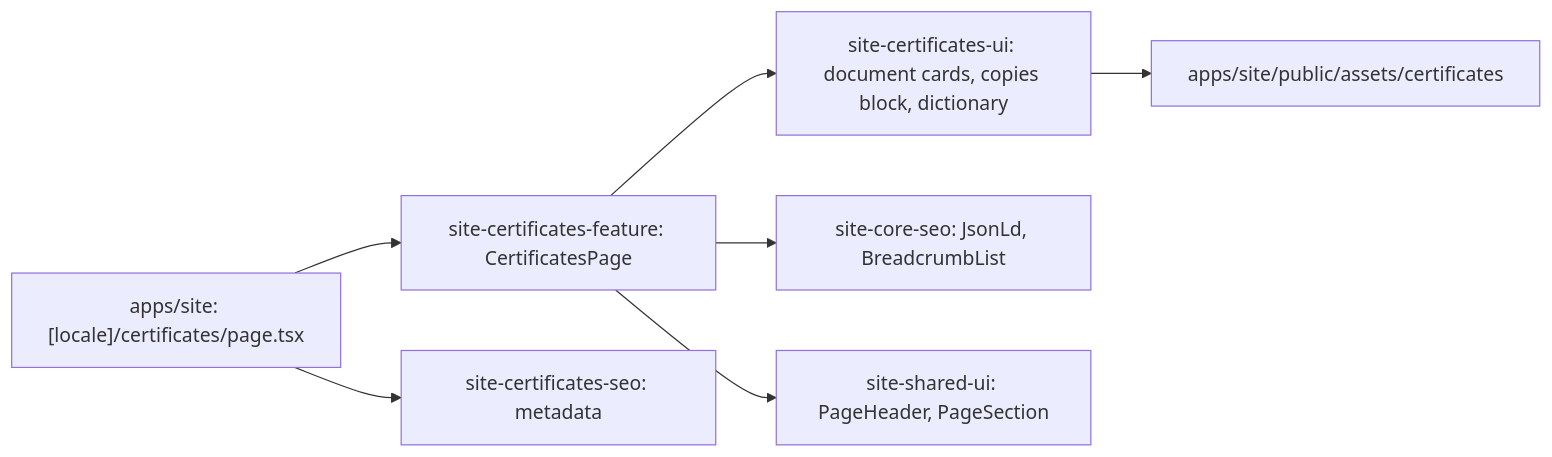
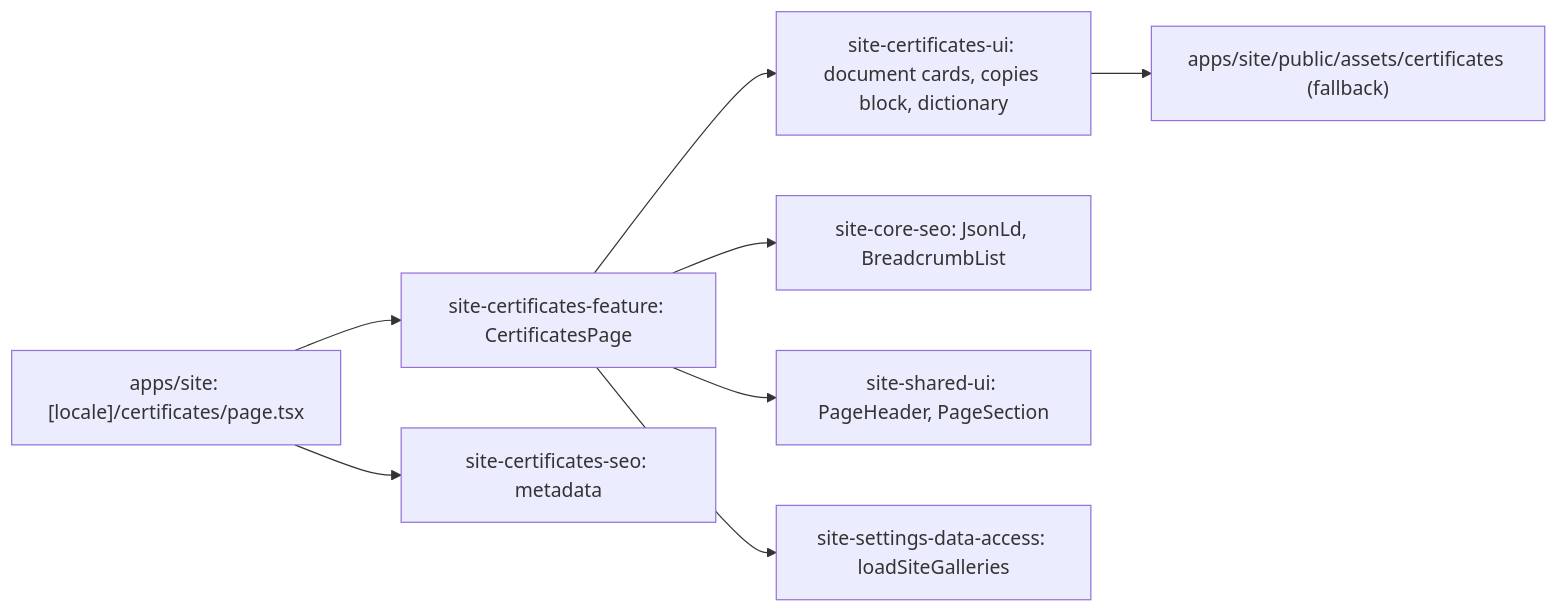
One commit to Weretik/brevi-web changed the diagram in docs/features/site/certificates.md. Above: the diagram before and after it, drawn with Mermaid. The commit also changed other lines of this file and 53 other files, not shown here.

````diff
--- a/docs/features/site/certificates.md
+++ b/docs/features/site/certificates.md
@@ -9,9 +9,10 @@
 ```mermaid
 flowchart LR
   Route["apps/site: [locale]/certificates/page.tsx"] --> Feature["site-certificates-feature: CertificatesPage"]
   Route --> PageSeo["site-certificates-seo: metadata"]
   Feature --> Ui["site-certificates-ui: document cards, copies block, dictionary"]
   Feature --> Seo["site-core-seo: JsonLd, BreadcrumbList"]
   Feature --> Shared["site-shared-ui: PageHeader, PageSection"]
-  Ui --> Scans["apps/site/public/assets/certificates"]
+  Feature --> Data["site-settings-data-access: loadSiteGalleries"]
+  Ui --> Scans["apps/site/public/assets/certificates (fallback)"]
 ```
````
